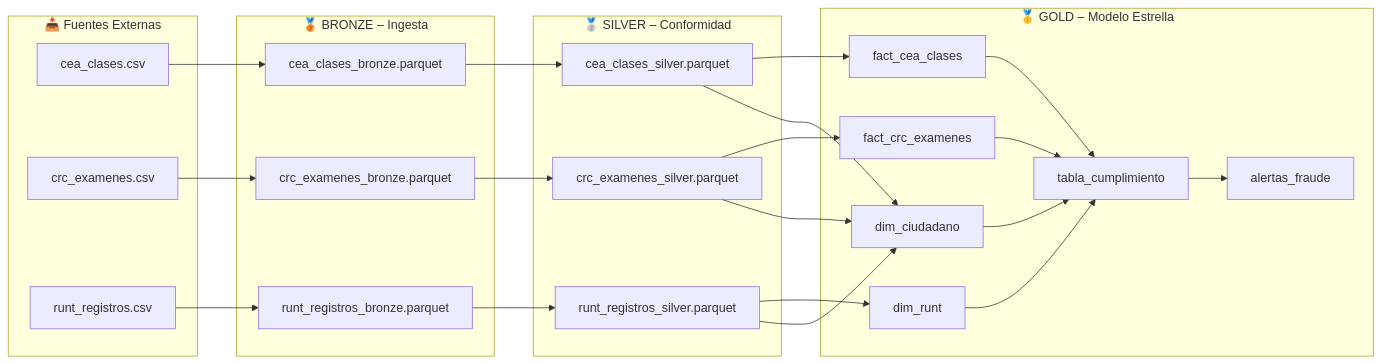
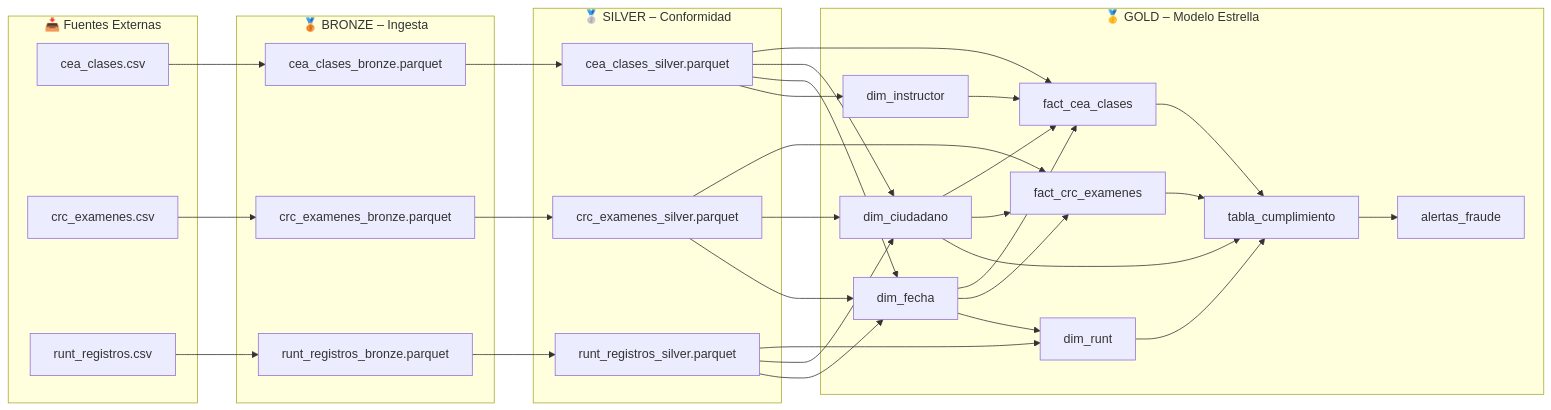
The first of 4 diagrams in docs/arquitectura.md (abirca/olimpia_pipeline), drawn with Mermaid before and after one commit. The commit also changed other lines of this file and 8 other files, not shown here.

Commit message:
feat: modelo estrella completo - agregar DIM_FECHA, DIM_INSTRUCTOR, surrogate PKs y relaciones FK

````diff
--- a/docs/arquitectura.md
+++ b/docs/arquitectura.md
@@ -55,50 +57,62 @@
 ```mermaid
 flowchart LR
     subgraph Fuentes["📥 Fuentes Externas"]
         CSV_CEA["cea_clases.csv"]
         CSV_CRC["crc_examenes.csv"]
         CSV_RUNT["runt_registros.csv"]
     end
 
     subgraph Bronze["🥉 BRONZE – Ingesta"]
         B_CEA["cea_clases_bronze.parquet"]
         B_CRC["crc_examenes_bronze.parquet"]
         B_RUNT["runt_registros_bronze.parquet"]
     end
 
     subgraph Silver["🥈 SILVER – Conformidad"]
         S_CEA["cea_clases_silver.parquet"]
         S_CRC["crc_examenes_silver.parquet"]
         S_RUNT["runt_registros_silver.parquet"]
     end
 
     subgraph Gold["🥇 GOLD – Modelo Estrella"]
         DIM_C["dim_ciudadano"]
+        DIM_F["dim_fecha"]
+        DIM_I["dim_instructor"]
         FACT_CEA["fact_cea_clases"]
         FACT_CRC["fact_crc_examenes"]
         DIM_R["dim_runt"]
         CUMPL["tabla_cumplimiento"]
         ALERT["alertas_fraude"]
     end
 
     CSV_CEA --> B_CEA
     CSV_CRC --> B_CRC
     CSV_RUNT --> B_RUNT
 
     B_CEA --> S_CEA
     B_CRC --> S_CRC
     B_RUNT --> S_RUNT
 
     S_CEA --> FACT_CEA
     S_CRC --> FACT_CRC
     S_RUNT --> DIM_R
     S_CEA --> DIM_C
     S_CRC --> DIM_C
     S_RUNT --> DIM_C
+    S_CEA --> DIM_F
+    S_CRC --> DIM_F
+    S_RUNT --> DIM_F
+    S_CEA --> DIM_I
 
+    DIM_C --> FACT_CEA
+    DIM_C --> FACT_CRC
+    DIM_F --> FACT_CEA
+    DIM_F --> FACT_CRC
+    DIM_F --> DIM_R
+    DIM_I --> FACT_CEA
     FACT_CEA --> CUMPL
     FACT_CRC --> CUMPL
     DIM_R --> CUMPL
     DIM_C --> CUMPL
     CUMPL --> ALERT
 ```
````
